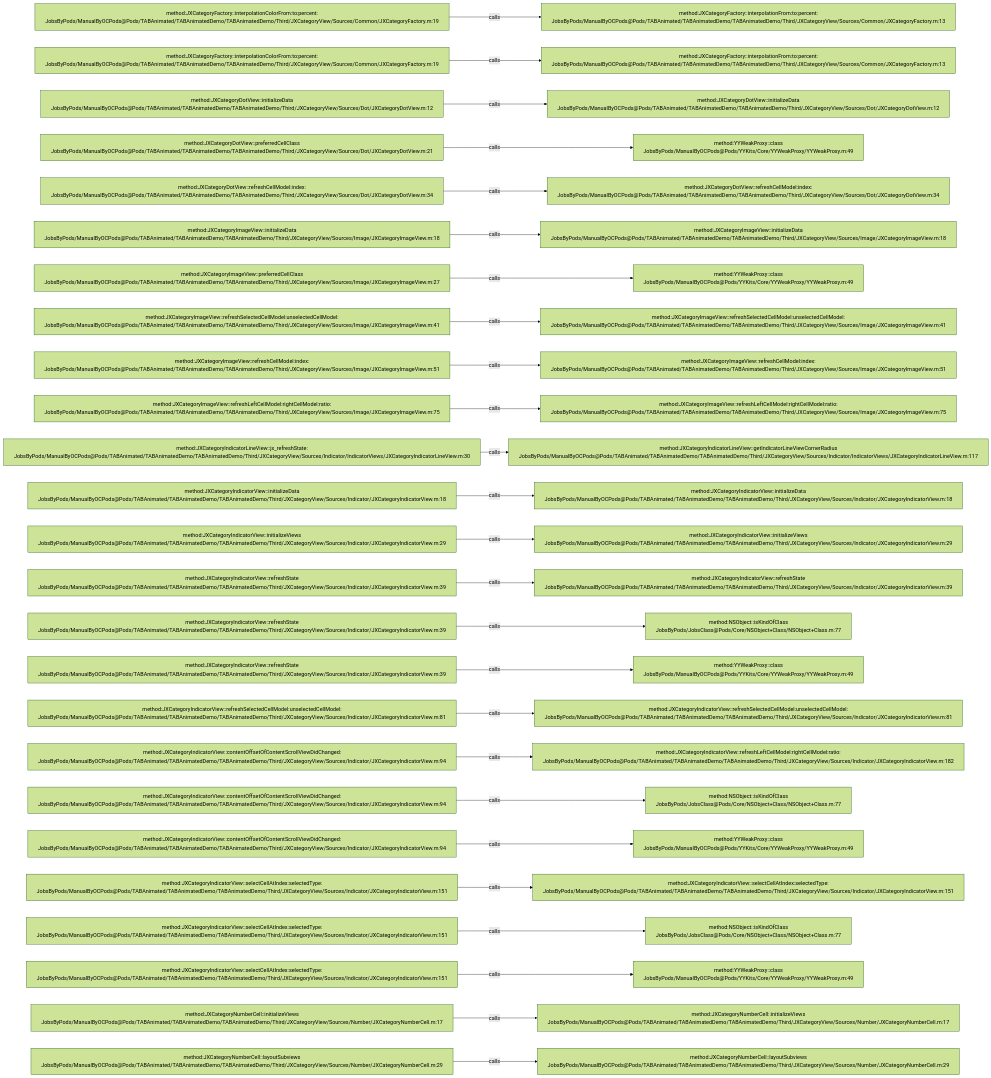
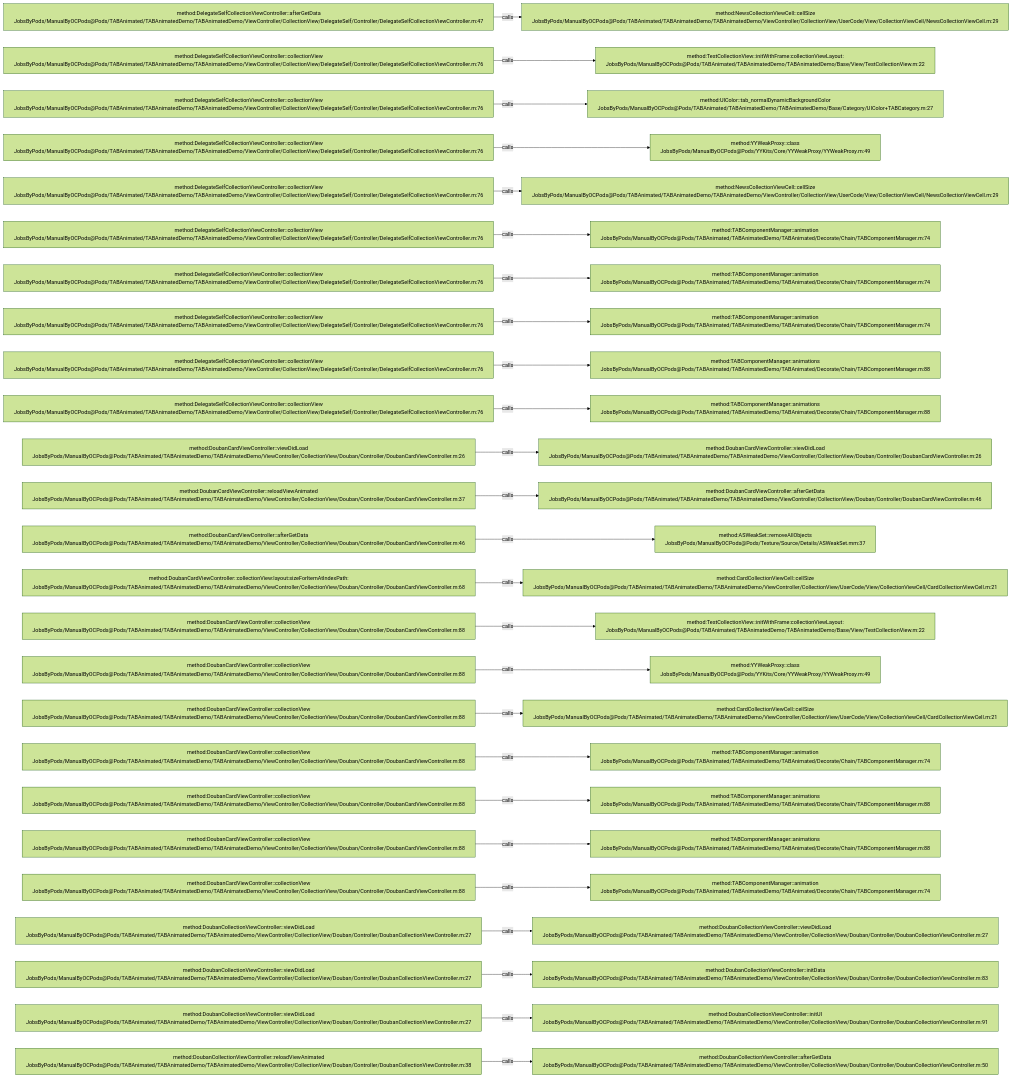
The diagram in .codegraph/codegraph.md/graphs/calls-050.md (JobsKits/JobsOCBaseConfigDemo), drawn with Mermaid (forest theme) before and after one commit. The commit also changed 1223 other files, not shown here.

````diff
--- a/.codegraph/codegraph.md/graphs/calls-050.md
+++ b/.codegraph/codegraph.md/graphs/calls-050.md
@@ -13,78 +13,78 @@
 ```mermaid
 flowchart LR
-  S1["method:JXCategoryFactory::interpolationColorFrom:to:percent:<br/>JobsByPods/ManualByOCPods@Pods/TABAnimated/TABAnimatedDemo/TABAnimatedDemo/Third/JXCategoryView/Sources/Common/JXCategoryFactory.m:19"]
-  T1["method:JXCategoryFactory::interpolationFrom:to:percent:<br/>JobsByPods/ManualByOCPods@Pods/TABAnimated/TABAnimatedDemo/TABAnimatedDemo/Third/JXCategoryView/Sources/Common/JXCategoryFactory.m:13"]
+  S1["method:DelegateSelfCollectionViewController::afterGetData<br/>JobsByPods/ManualByOCPods@Pods/TABAnimated/TABAnimatedDemo/TABAnimatedDemo/ViewController/CollectionView/DelegateSelf/Controller/DelegateSelfCollectionViewController.m:47"]
+  T1["method:NewsCollectionViewCell::cellSize<br/>JobsByPods/ManualByOCPods@Pods/TABAnimated/TABAnimatedDemo/TABAnimatedDemo/ViewController/CollectionView/UserCode/View/CollectionViewCell/NewsCollectionViewCell.m:29"]
   S1 -->|calls| T1
-  S2["method:JXCategoryFactory::interpolationColorFrom:to:percent:<br/>JobsByPods/ManualByOCPods@Pods/TABAnimated/TABAnimatedDemo/TABAnimatedDemo/Third/JXCategoryView/Sources/Common/JXCategoryFactory.m:19"]
-  T2["method:JXCategoryFactory::interpolationFrom:to:percent:<br/>JobsByPods/ManualByOCPods@Pods/TABAnimated/TABAnimatedDemo/TABAnimatedDemo/Third/JXCategoryView/Sources/Common/JXCategoryFactory.m:13"]
+  S2["method:DelegateSelfCollectionViewController::collectionView<br/>JobsByPods/ManualByOCPods@Pods/TABAnimated/TABAnimatedDemo/TABAnimatedDemo/ViewController/CollectionView/DelegateSelf/Controller/DelegateSelfCollectionViewController.m:76"]
+  T2["method:TestCollectionView::initWithFrame:collectionViewLayout:<br/>JobsByPods/ManualByOCPods@Pods/TABAnimated/TABAnimatedDemo/TABAnimatedDemo/Base/View/TestCollectionView.m:22"]
   S2 -->|calls| T2
-  S3["method:JXCategoryDotView::initializeData<br/>JobsByPods/ManualByOCPods@Pods/TABAnimated/TABAnimatedDemo/TABAnimatedDemo/Third/JXCategoryView/Sources/Dot/JXCategoryDotView.m:12"]
-  T3["method:JXCategoryDotView::initializeData<br/>JobsByPods/ManualByOCPods@Pods/TABAnimated/TABAnimatedDemo/TABAnimatedDemo/Third/JXCategoryView/Sources/Dot/JXCategoryDotView.m:12"]
+  S3["method:DelegateSelfCollectionViewController::collectionView<br/>JobsByPods/ManualByOCPods@Pods/TABAnimated/TABAnimatedDemo/TABAnimatedDemo/ViewController/CollectionView/DelegateSelf/Controller/DelegateSelfCollectionViewController.m:76"]
+  T3["method:UIColor::tab_normalDynamicBackgroundColor<br/>JobsByPods/ManualByOCPods@Pods/TABAnimated/TABAnimatedDemo/TABAnimatedDemo/Base/Category/UIColor+TABCategory.m:27"]
   S3 -->|calls| T3
-  S4["method:JXCategoryDotView::preferredCellClass<br/>JobsByPods/ManualByOCPods@Pods/TABAnimated/TABAnimatedDemo/TABAnimatedDemo/Third/JXCategoryView/Sources/Dot/JXCategoryDotView.m:21"]
+  S4["method:DelegateSelfCollectionViewController::collectionView<br/>JobsByPods/ManualByOCPods@Pods/TABAnimated/TABAnimatedDemo/TABAnimatedDemo/ViewController/CollectionView/DelegateSelf/Controller/DelegateSelfCollectionViewController.m:76"]
   T4["method:YYWeakProxy::class<br/>JobsByPods/ManualByOCPods@Pods/YYKits/Core/YYWeakProxy/YYWeakProxy.m:49"]
   S4 -->|calls| T4
-  S5["method:JXCategoryDotView::refreshCellModel:index:<br/>JobsByPods/ManualByOCPods@Pods/TABAnimated/TABAnimatedDemo/TABAnimatedDemo/Third/JXCategoryView/Sources/Dot/JXCategoryDotView.m:34"]
-  T5["method:JXCategoryDotView::refreshCellModel:index:<br/>JobsByPods/ManualByOCPods@Pods/TABAnimated/TABAnimatedDemo/TABAnimatedDemo/Third/JXCategoryView/Sources/Dot/JXCategoryDotView.m:34"]
+  S5["method:DelegateSelfCollectionViewController::collectionView<br/>JobsByPods/ManualByOCPods@Pods/TABAnimated/TABAnimatedDemo/TABAnimatedDemo/ViewController/CollectionView/DelegateSelf/Controller/DelegateSelfCollectionViewController.m:76"]
+  T5["method:NewsCollectionViewCell::cellSize<br/>JobsByPods/ManualByOCPods@Pods/TABAnimated/TABAnimatedDemo/TABAnimatedDemo/ViewController/CollectionView/UserCode/View/CollectionViewCell/NewsCollectionViewCell.m:29"]
   S5 -->|calls| T5
-  S6["method:JXCategoryImageView::initializeData<br/>JobsByPods/ManualByOCPods@Pods/TABAnimated/TABAnimatedDemo/TABAnimatedDemo/Third/JXCategoryView/Sources/Image/JXCategoryImageView.m:18"]
-  T6["method:JXCategoryImageView::initializeData<br/>JobsByPods/ManualByOCPods@Pods/TABAnimated/TABAnimatedDemo/TABAnimatedDemo/Third/JXCategoryView/Sources/Image/JXCategoryImageView.m:18"]
+  S6["method:DelegateSelfCollectionViewController::collectionView<br/>JobsByPods/ManualByOCPods@Pods/TABAnimated/TABAnimatedDemo/TABAnimatedDemo/ViewController/CollectionView/DelegateSelf/Controller/DelegateSelfCollectionViewController.m:76"]
+  T6["method:TABComponentManager::animation<br/>JobsByPods/ManualByOCPods@Pods/TABAnimated/TABAnimatedDemo/TABAnimated/Decorate/Chain/TABComponentManager.m:74"]
   S6 -->|calls| T6
-  S7["method:JXCategoryImageView::preferredCellClass<br/>JobsByPods/ManualByOCPods@Pods/TABAnimated/TABAnimatedDemo/TABAnimatedDemo/Third/JXCategoryView/Sources/Image/JXCategoryImageView.m:27"]
-  T7["method:YYWeakProxy::class<br/>JobsByPods/ManualByOCPods@Pods/YYKits/Core/YYWeakProxy/YYWeakProxy.m:49"]
+  S7["method:DelegateSelfCollectionViewController::collectionView<br/>JobsByPods/ManualByOCPods@Pods/TABAnimated/TABAnimatedDemo/TABAnimatedDemo/ViewController/CollectionView/DelegateSelf/Controller/DelegateSelfCollectionViewController.m:76"]
+  T7["method:TABComponentManager::animation<br/>JobsByPods/ManualByOCPods@Pods/TABAnimated/TABAnimatedDemo/TABAnimated/Decorate/Chain/TABComponentManager.m:74"]
   S7 -->|calls| T7
-  S8["method:JXCategoryImageView::refreshSelectedCellModel:unselectedCellModel:<br/>JobsByPods/ManualByOCPods@Pods/TABAnimated/TABAnimatedDemo/TABAnimatedDemo/Third/JXCategoryView/Sources/Image/JXCategoryImageView.m:41"]
-  T8["method:JXCategoryImageView::refreshSelectedCellModel:unselectedCellModel:<br/>JobsByPods/ManualByOCPods@Pods/TABAnimated/TABAnimatedDemo/TABAnimatedDemo/Third/JXCategoryView/Sources/Image/JXCategoryImageView.m:41"]
+  S8["method:DelegateSelfCollectionViewController::collectionView<br/>JobsByPods/ManualByOCPods@Pods/TABAnimated/TABAnimatedDemo/TABAnimatedDemo/ViewController/CollectionView/DelegateSelf/Controller/DelegateSelfCollectionViewController.m:76"]
+  T8["method:TABComponentManager::animation<br/>JobsByPods/ManualByOCPods@Pods/TABAnimated/TABAnimatedDemo/TABAnimated/Decorate/Chain/TABComponentManager.m:74"]
   S8 -->|calls| T8
-  S9["method:JXCategoryImageView::refreshCellModel:index:<br/>JobsByPods/ManualByOCPods@Pods/TABAnimated/TABAnimatedDemo/TABAnimatedDemo/Third/JXCategoryView/Sources/Image/JXCategoryImageView.m:51"]
-  T9["method:JXCategoryImageView::refreshCellModel:index:<br/>JobsByPods/ManualByOCPods@Pods/TABAnimated/TABAnimatedDemo/TABAnimatedDemo/Third/JXCategoryView/Sources/Image/JXCategoryImageView.m:51"]
+  S9["method:DelegateSelfCollectionViewController::collectionView<br/>JobsByPods/ManualByOCPods@Pods/TABAnimated/TABAnimatedDemo/TABAnimatedDemo/ViewController/CollectionView/DelegateSelf/Controller/DelegateSelfCollectionViewController.m:76"]
+  T9["method:TABComponentManager::animations<br/>JobsByPods/ManualByOCPods@Pods/TABAnimated/TABAnimatedDemo/TABAnimated/Decorate/Chain/TABComponentManager.m:88"]
   S9 -->|calls| T9
-  S10["method:JXCategoryImageView::refreshLeftCellModel:rightCellModel:ratio:<br/>JobsByPods/ManualByOCPods@Pods/TABAnimated/TABAnimatedDemo/TABAnimatedDemo/Third/JXCategoryView/Sources/Image/JXCategoryImageView.m:75"]
-  T10["method:JXCategoryImageView::refreshLeftCellModel:rightCellModel:ratio:<br/>JobsByPods/ManualByOCPods@Pods/TABAnimated/TABAnimatedDemo/TABAnimatedDemo/Third/JXCategoryView/Sources/Image/JXCategoryImageView.m:75"]
+  S10["method:DelegateSelfCollectionViewController::collectionView<br/>JobsByPods/ManualByOCPods@Pods/TABAnimated/TABAnimatedDemo/TABAnimatedDemo/ViewController/CollectionView/DelegateSelf/Controller/DelegateSelfCollectionViewController.m:76"]
+  T10["method:TABComponentManager::animations<br/>JobsByPods/ManualByOCPods@Pods/TABAnimated/TABAnimatedDemo/TABAnimated/Decorate/Chain/TABComponentManager.m:88"]
   S10 -->|calls| T10
-  S11["method:JXCategoryIndicatorLineView::jx_refreshState:<br/>JobsByPods/ManualByOCPods@Pods/TABAnimated/TABAnimatedDemo/TABAnimatedDemo/Third/JXCategoryView/Sources/Indicator/IndicatorViews/JXCategoryIndicatorLineView.m:30"]
-  T11["method:JXCategoryIndicatorLineView::getIndicatorLineViewCornerRadius<br/>JobsByPods/ManualByOCPods@Pods/TABAnimated/TABAnimatedDemo/TABAnimatedDemo/Third/JXCategoryView/Sources/Indicator/IndicatorViews/JXCategoryIndicatorLineView.m:117"]
+  S11["method:DoubanCardViewController::viewDidLoad<br/>JobsByPods/ManualByOCPods@Pods/TABAnimated/TABAnimatedDemo/TABAnimatedDemo/ViewController/CollectionView/Douban/Controller/DoubanCardViewController.m:26"]
+  T11["method:DoubanCardViewController::viewDidLoad<br/>JobsByPods/ManualByOCPods@Pods/TABAnimated/TABAnimatedDemo/TABAnimatedDemo/ViewController/CollectionView/Douban/Controller/DoubanCardViewController.m:26"]
   S11 -->|calls| T11
-  S12["method:JXCategoryIndicatorView::initializeData<br/>JobsByPods/ManualByOCPods@Pods/TABAnimated/TABAnimatedDemo/TABAnimatedDemo/Third/JXCategoryView/Sources/Indicator/JXCategoryIndicatorView.m:18"]
-  T12["method:JXCategoryIndicatorView::initializeData<br/>JobsByPods/ManualByOCPods@Pods/TABAnimated/TABAnimatedDemo/TABAnimatedDemo/Third/JXCategoryView/Sources/Indicator/JXCategoryIndicatorView.m:18"]
+  S12["method:DoubanCardViewController::reloadViewAnimated<br/>JobsByPods/ManualByOCPods@Pods/TABAnimated/TABAnimatedDemo/TABAnimatedDemo/ViewController/CollectionView/Douban/Controller/DoubanCardViewController.m:37"]
+  T12["method:DoubanCardViewController::afterGetData<br/>JobsByPods/ManualByOCPods@Pods/TABAnimated/TABAnimatedDemo/TABAnimatedDemo/ViewController/CollectionView/Douban/Controller/DoubanCardViewController.m:46"]
   S12 -->|calls| T12
-  S13["method:JXCategoryIndicatorView::initializeViews<br/>JobsByPods/ManualByOCPods@Pods/TABAnimated/TABAnimatedDemo/TABAnimatedDemo/Third/JXCategoryView/Sources/Indicator/JXCategoryIndicatorView.m:29"]
-  T13["method:JXCategoryIndicatorView::initializeViews<br/>JobsByPods/ManualByOCPods@Pods/TABAnimated/TABAnimatedDemo/TABAnimatedDemo/Third/JXCategoryView/Sources/Indicator/JXCategoryIndicatorView.m:29"]
+  S13["method:DoubanCardViewController::afterGetData<br/>JobsByPods/ManualByOCPods@Pods/TABAnimated/TABAnimatedDemo/TABAnimatedDemo/ViewController/CollectionView/Douban/Controller/DoubanCardViewController.m:46"]
+  T13["method:ASWeakSet::removeAllObjects<br/>JobsByPods/ManualByOCPods@Pods/Texture/Source/Details/ASWeakSet.mm:37"]
   S13 -->|calls| T13
-  S14["method:JXCategoryIndicatorView::refreshState<br/>JobsByPods/ManualByOCPods@Pods/TABAnimated/TABAnimatedDemo/TABAnimatedDemo/Third/JXCategoryView/Sources/Indicator/JXCategoryIndicatorView.m:39"]
-  T14["method:JXCategoryIndicatorView::refreshState<br/>JobsByPods/ManualByOCPods@Pods/TABAnimated/TABAnimatedDemo/TABAnimatedDemo/Third/JXCategoryView/Sources/Indicator/JXCategoryIndicatorView.m:39"]
+  S14["method:DoubanCardViewController::collectionView:layout:sizeForItemAtIndexPath:<br/>JobsByPods/ManualByOCPods@Pods/TABAnimated/TABAnimatedDemo/TABAnimatedDemo/ViewController/CollectionView/Douban/Controller/DoubanCardViewController.m:68"]
+  T14["method:CardCollectionViewCell::cellSize<br/>JobsByPods/ManualByOCPods@Pods/TABAnimated/TABAnimatedDemo/TABAnimatedDemo/ViewController/CollectionView/UserCode/View/CollectionViewCell/CardCollectionViewCell.m:21"]
   S14 -->|calls| T14
-  S15["method:JXCategoryIndicatorView::refreshState<br/>JobsByPods/ManualByOCPods@Pods/TABAnimated/TABAnimatedDemo/TABAnimatedDemo/Third/JXCategoryView/Sources/Indicator/JXCategoryIndicatorView.m:39"]
-  T15["method:NSObject::isKindOfClass<br/>JobsByPods/JobsClass@Pods/Core/NSObject+Class/NSObject+Class.m:77"]
+  S15["method:DoubanCardViewController::collectionView<br/>JobsByPods/ManualByOCPods@Pods/TABAnimated/TABAnimatedDemo/TABAnimatedDemo/ViewController/CollectionView/Douban/Controller/DoubanCardViewController.m:88"]
+  T15["method:TestCollectionView::initWithFrame:collectionViewLayout:<br/>JobsByPods/ManualByOCPods@Pods/TABAnimated/TABAnimatedDemo/TABAnimatedDemo/Base/View/TestCollectionView.m:22"]
   S15 -->|calls| T15
-  S16["method:JXCategoryIndicatorView::refreshState<br/>JobsByPods/ManualByOCPods@Pods/TABAnimated/TABAnimatedDemo/TABAnimatedDemo/Third/JXCategoryView/Sources/Indicator/JXCategoryIndicatorView.m:39"]
+  S16["method:DoubanCardViewController::collectionView<br/>JobsByPods/ManualByOCPods@Pods/TABAnimated/TABAnimatedDemo/TABAnimatedDemo/ViewController/CollectionView/Douban/Controller/DoubanCardViewController.m:88"]
   T16["method:YYWeakProxy::class<br/>JobsByPods/ManualByOCPods@Pods/YYKits/Core/YYWeakProxy/YYWeakProxy.m:49"]
   S16 -->|calls| T16
-  S17["method:JXCategoryIndicatorView::refreshSelectedCellModel:unselectedCellModel:<br/>JobsByPods/ManualByOCPods@Pods/TABAnimated/TABAnimatedDemo/TABAnimatedDemo/Third/JXCategoryView/Sources/Indicator/JXCategoryIndicatorView.m:81"]
-  T17["method:JXCategoryIndicatorView::refreshSelectedCellModel:unselectedCellModel:<br/>JobsByPods/ManualByOCPods@Pods/TABAnimated/TABAnimatedDemo/TABAnimatedDemo/Third/JXCategoryView/Sources/Indicator/JXCategoryIndicatorView.m:81"]
+  S17["method:DoubanCardViewController::collectionView<br/>JobsByPods/ManualByOCPods@Pods/TABAnimated/TABAnimatedDemo/TABAnimatedDemo/ViewController/CollectionView/Douban/Controller/DoubanCardViewController.m:88"]
+  T17["method:CardCollectionViewCell::cellSize<br/>JobsByPods/ManualByOCPods@Pods/TABAnimated/TABAnimatedDemo/TABAnimatedDemo/ViewController/CollectionView/UserCode/View/CollectionViewCell/CardCollectionViewCell.m:21"]
   S17 -->|calls| T17
-  S18["method:JXCategoryIndicatorView::contentOffsetOfContentScrollViewDidChanged:<br/>JobsByPods/ManualByOCPods@Pods/TABAnimated/TABAnimatedDemo/TABAnimatedDemo/Third/JXCategoryView/Sources/Indicator/JXCategoryIndicatorView.m:94"]
-  T18["method:JXCategoryIndicatorView::refreshLeftCellModel:rightCellModel:ratio:<br/>JobsByPods/ManualByOCPods@Pods/TABAnimated/TABAnimatedDemo/TABAnimatedDemo/Third/JXCategoryView/Sources/Indicator/JXCategoryIndicatorView.m:182"]
+  S18["method:DoubanCardViewController::collectionView<br/>JobsByPods/ManualByOCPods@Pods/TABAnimated/TABAnimatedDemo/TABAnimatedDemo/ViewController/CollectionView/Douban/Controller/DoubanCardViewController.m:88"]
+  T18["method:TABComponentManager::animation<br/>JobsByPods/ManualByOCPods@Pods/TABAnimated/TABAnimatedDemo/TABAnimated/Decorate/Chain/TABComponentManager.m:74"]
   S18 -->|calls| T18
-  S19["method:JXCategoryIndicatorView::contentOffsetOfContentScrollViewDidChanged:<br/>JobsByPods/ManualByOCPods@Pods/TABAnimated/TABAnimatedDemo/TABAnimatedDemo/Third/JXCategoryView/Sources/Indicator/JXCategoryIndicatorView.m:94"]
-  T19["method:NSObject::isKindOfClass<br/>JobsByPods/JobsClass@Pods/Core/NSObject+Class/NSObject+Class.m:77"]
+  S19["method:DoubanCardViewController::collectionView<br/>JobsByPods/ManualByOCPods@Pods/TABAnimated/TABAnimatedDemo/TABAnimatedDemo/ViewController/CollectionView/Douban/Controller/DoubanCardViewController.m:88"]
+  T19["method:TABComponentManager::animations<br/>JobsByPods/ManualByOCPods@Pods/TABAnimated/TABAnimatedDemo/TABAnimated/Decorate/Chain/TABComponentManager.m:88"]
   S19 -->|calls| T19
-  S20["method:JXCategoryIndicatorView::contentOffsetOfContentScrollViewDidChanged:<br/>JobsByPods/ManualByOCPods@Pods/TABAnimated/TABAnimatedDemo/TABAnimatedDemo/Third/JXCategoryView/Sources/Indicator/JXCategoryIndicatorView.m:94"]
-  T20["method:YYWeakProxy::class<br/>JobsByPods/ManualByOCPods@Pods/YYKits/Core/YYWeakProxy/YYWeakProxy.m:49"]
+  S20["method:DoubanCardViewController::collectionView<br/>JobsByPods/ManualByOCPods@Pods/TABAnimated/TABAnimatedDemo/TABAnimatedDemo/ViewController/CollectionView/Douban/Controller/DoubanCardViewController.m:88"]
+  T20["method:TABComponentManager::animations<br/>JobsByPods/ManualByOCPods@Pods/TABAnimated/TABAnimatedDemo/TABAnimated/Decorate/Chain/TABComponentManager.m:88"]
   S20 -->|calls| T20
-  S21["method:JXCategoryIndicatorView::selectCellAtIndex:selectedType:<br/>JobsByPods/ManualByOCPods@Pods/TABAnimated/TABAnimatedDemo/TABAnimatedDemo/Third/JXCategoryView/Sources/Indicator/JXCategoryIndicatorView.m:151"]
-  T21["method:JXCategoryIndicatorView::selectCellAtIndex:selectedType:<br/>JobsByPods/ManualByOCPods@Pods/TABAnimated/TABAnimatedDemo/TABAnimatedDemo/Third/JXCategoryView/Sources/Indicator/JXCategoryIndicatorView.m:151"]
+  S21["method:DoubanCardViewController::collectionView<br/>JobsByPods/ManualByOCPods@Pods/TABAnimated/TABAnimatedDemo/TABAnimatedDemo/ViewController/CollectionView/Douban/Controller/DoubanCardViewController.m:88"]
+  T21["method:TABComponentManager::animation<br/>JobsByPods/ManualByOCPods@Pods/TABAnimated/TABAnimatedDemo/TABAnimated/Decorate/Chain/TABComponentManager.m:74"]
   S21 -->|calls| T21
-  S22["method:JXCategoryIndicatorView::selectCellAtIndex:selectedType:<br/>JobsByPods/ManualByOCPods@Pods/TABAnimated/TABAnimatedDemo/TABAnimatedDemo/Third/JXCategoryView/Sources/Indicator/JXCategoryIndicatorView.m:151"]
-  T22["method:NSObject::isKindOfClass<br/>JobsByPods/JobsClass@Pods/Core/NSObject+Class/NSObject+Class.m:77"]
+  S22["method:DoubanCollectionViewController::viewDidLoad<br/>JobsByPods/ManualByOCPods@Pods/TABAnimated/TABAnimatedDemo/TABAnimatedDemo/ViewController/CollectionView/Douban/Controller/DoubanCollectionViewController.m:27"]
+  T22["method:DoubanCollectionViewController::viewDidLoad<br/>JobsByPods/ManualByOCPods@Pods/TABAnimated/TABAnimatedDemo/TABAnimatedDemo/ViewController/CollectionView/Douban/Controller/DoubanCollectionViewController.m:27"]
   S22 -->|calls| T22
-  S23["method:JXCategoryIndicatorView::selectCellAtIndex:selectedType:<br/>JobsByPods/ManualByOCPods@Pods/TABAnimated/TABAnimatedDemo/TABAnimatedDemo/Third/JXCategoryView/Sources/Indicator/JXCategoryIndicatorView.m:151"]
-  T23["method:YYWeakProxy::class<br/>JobsByPods/ManualByOCPods@Pods/YYKits/Core/YYWeakProxy/YYWeakProxy.m:49"]
+  S23["method:DoubanCollectionViewController::viewDidLoad<br/>JobsByPods/ManualByOCPods@Pods/TABAnimated/TABAnimatedDemo/TABAnimatedDemo/ViewController/CollectionView/Douban/Controller/DoubanCollectionViewController.m:27"]
+  T23["method:DoubanCollectionViewController::initData<br/>JobsByPods/ManualByOCPods@Pods/TABAnimated/TABAnimatedDemo/TABAnimatedDemo/ViewController/CollectionView/Douban/Controller/DoubanCollectionViewController.m:83"]
   S23 -->|calls| T23
-  S24["method:JXCategoryNumberCell::initializeViews<br/>JobsByPods/ManualByOCPods@Pods/TABAnimated/TABAnimatedDemo/TABAnimatedDemo/Third/JXCategoryView/Sources/Number/JXCategoryNumberCell.m:17"]
-  T24["method:JXCategoryNumberCell::initializeViews<br/>JobsByPods/ManualByOCPods@Pods/TABAnimated/TABAnimatedDemo/TABAnimatedDemo/Third/JXCategoryView/Sources/Number/JXCategoryNumberCell.m:17"]
+  S24["method:DoubanCollectionViewController::viewDidLoad<br/>JobsByPods/ManualByOCPods@Pods/TABAnimated/TABAnimatedDemo/TABAnimatedDemo/ViewController/CollectionView/Douban/Controller/DoubanCollectionViewController.m:27"]
+  T24["method:DoubanCollectionViewController::initUI<br/>JobsByPods/ManualByOCPods@Pods/TABAnimated/TABAnimatedDemo/TABAnimatedDemo/ViewController/CollectionView/Douban/Controller/DoubanCollectionViewController.m:91"]
   S24 -->|calls| T24
-  S25["method:JXCategoryNumberCell::layoutSubviews<br/>JobsByPods/ManualByOCPods@Pods/TABAnimated/TABAnimatedDemo/TABAnimatedDemo/Third/JXCategoryView/Sources/Number/JXCategoryNumberCell.m:29"]
-  T25["method:JXCategoryNumberCell::layoutSubviews<br/>JobsByPods/ManualByOCPods@Pods/TABAnimated/TABAnimatedDemo/TABAnimatedDemo/Third/JXCategoryView/Sources/Number/JXCategoryNumberCell.m:29"]
+  S25["method:DoubanCollectionViewController::reloadViewAnimated<br/>JobsByPods/ManualByOCPods@Pods/TABAnimated/TABAnimatedDemo/TABAnimatedDemo/ViewController/CollectionView/Douban/Controller/DoubanCollectionViewController.m:38"]
+  T25["method:DoubanCollectionViewController::afterGetData<br/>JobsByPods/ManualByOCPods@Pods/TABAnimated/TABAnimatedDemo/TABAnimatedDemo/ViewController/CollectionView/Douban/Controller/DoubanCollectionViewController.m:50"]
   S25 -->|calls| T25
 ```
````
